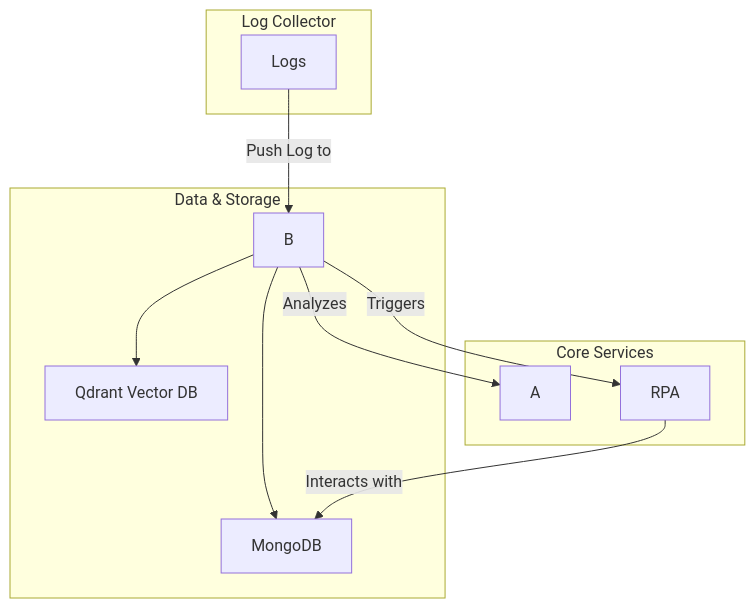
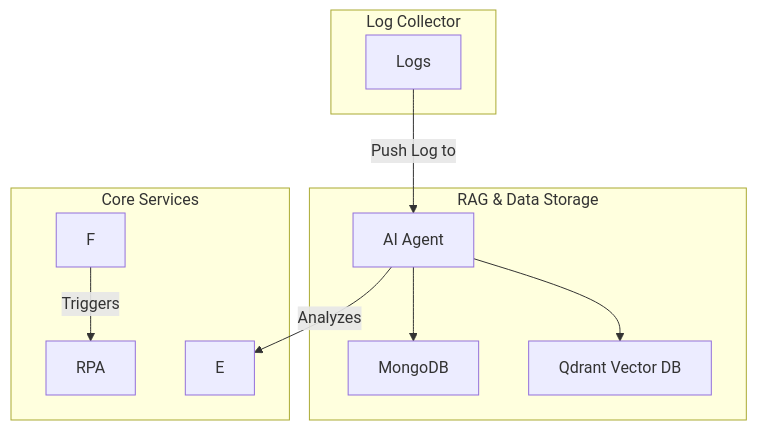
Before and after one commit to SkylerCherng00/GAE252_AI_SIEM: the diagram in README.md, drawn with Mermaid.

````diff
--- a/README.md
+++ b/README.md
@@ -34,17 +34,16 @@
 ```mermaid
 graph TD
-    subgraph "Data & Storage"
+    subgraph "RAG & Data Storage"
         B --> C[Qdrant Vector DB];
         B --> D[MongoDB];
     end
 
     subgraph "Core Services"
-        B -- Analyzes --> A;
-        B -- Triggers --> G[RPA];
-        G -- Interacts with -->D;
+        B[AI Agent] -- Analyzes --> E;
+        F -- Triggers --> G[RPA];
     end
 
     subgraph "Log Collector"
         H[Logs] -- Push Log to --> B;
     end
 ```
````
